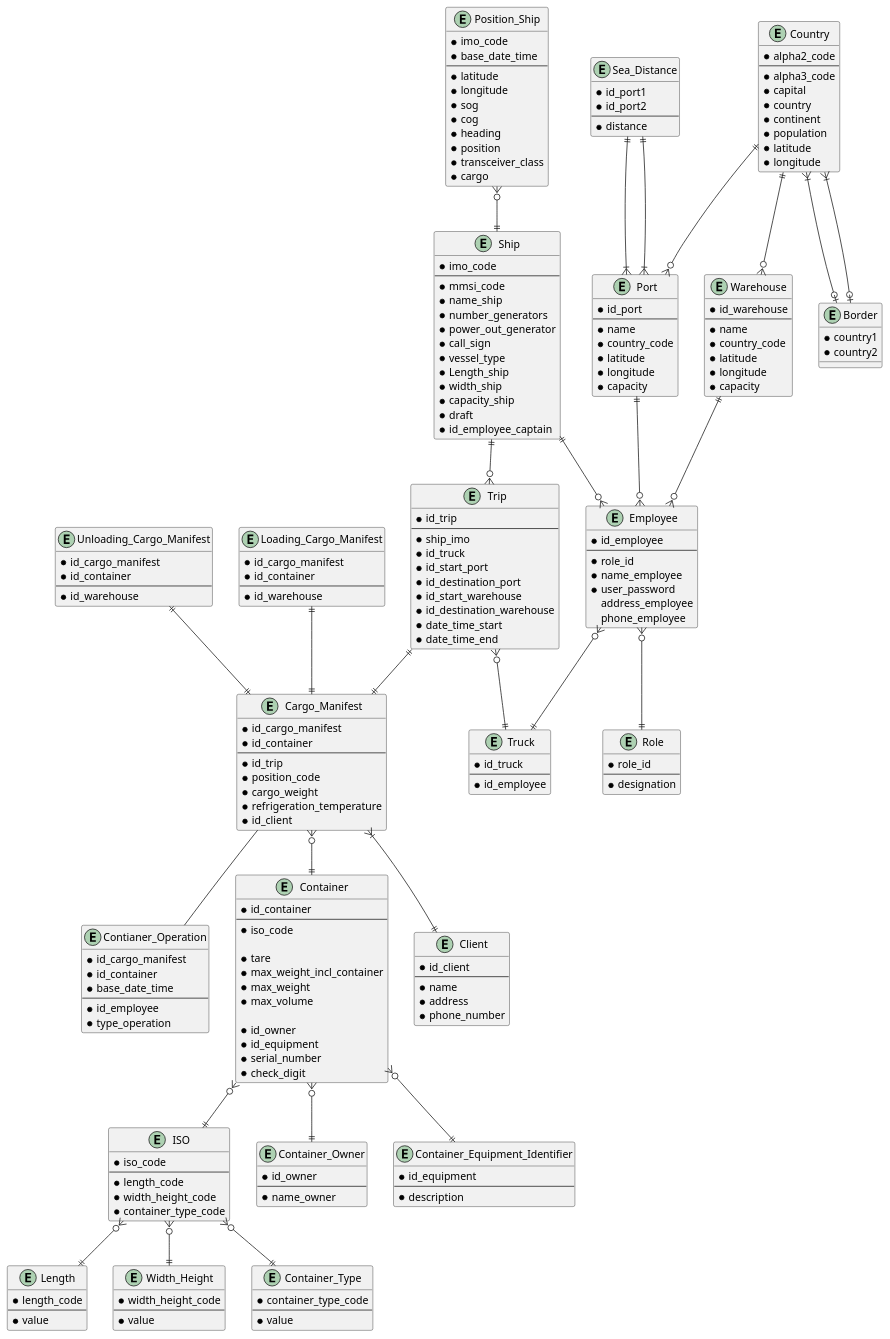
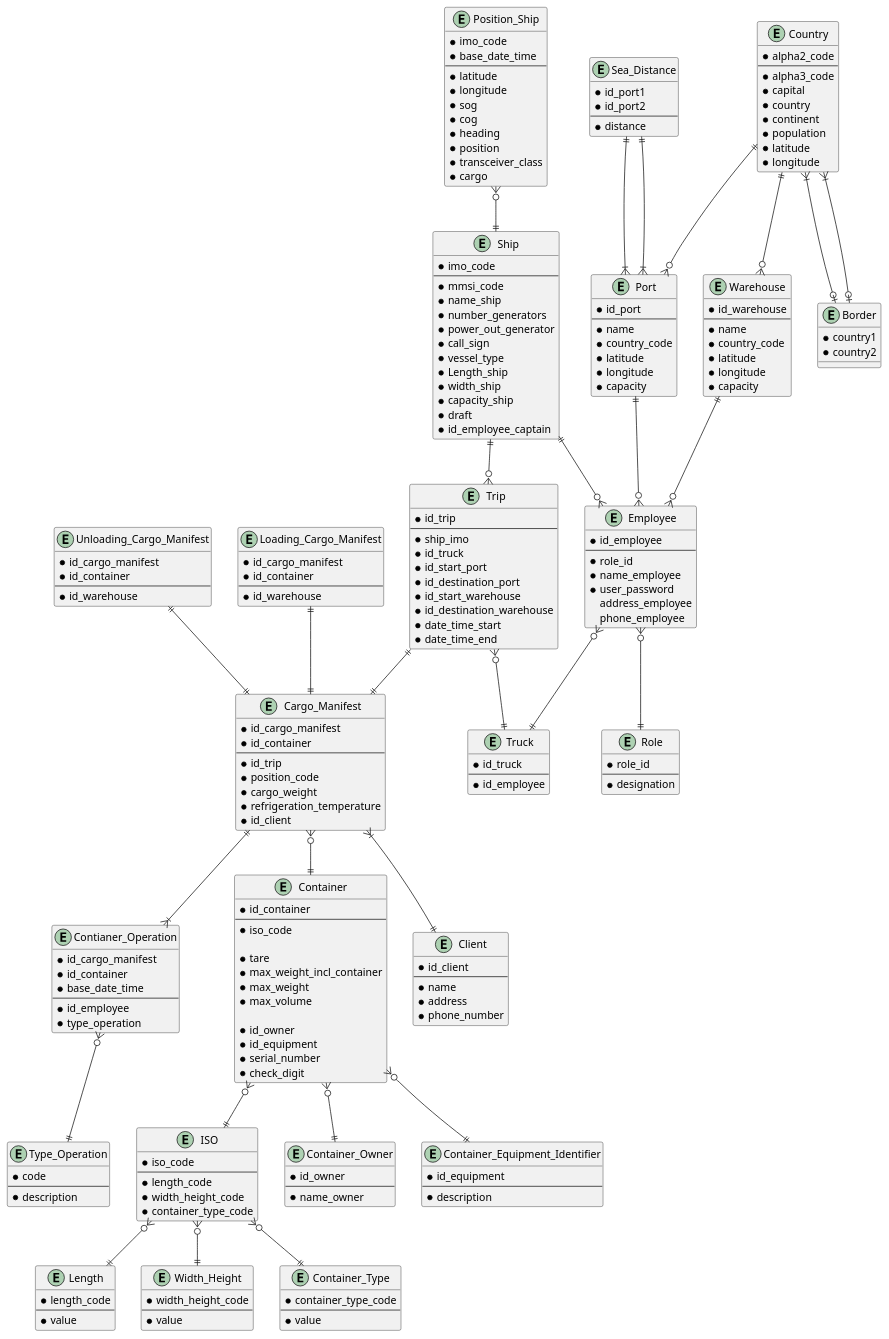
The diagram in docs/Sprint 3/US/US108/logical_model.puml (1190772/LAB-Project-3), drawn with PlantUML before and after one commit. The commit also changed 1 other file, not shown here.

```diff
--- a/docs/Sprint 3/US/US108/logical_model.puml
+++ b/docs/Sprint 3/US/US108/logical_model.puml
@@ -7,6 +7,12 @@
 --
 * id_employee
 * type_operation
+}
+
+entity Type_Operation {
+* code
+--
+* description
 }
 
 entity Trip {
@@ -235,7 +241,8 @@
 Sea_Distance ||--|{ Port
 Sea_Distance ||--|{ Port
 
-Cargo_Manifest -- Contianer_Operation
+Cargo_Manifest ||--|{ Contianer_Operation
+Contianer_Operation }o--|| Type_Operation
 
 
 @enduml
```
